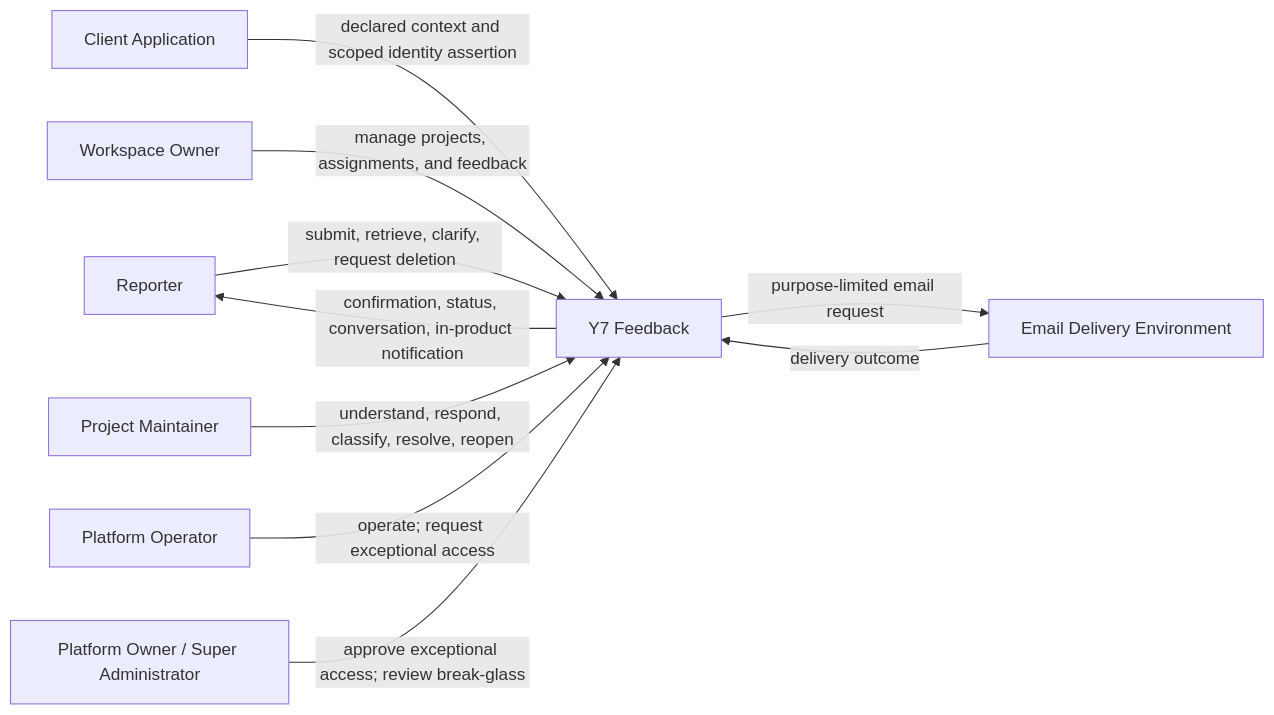
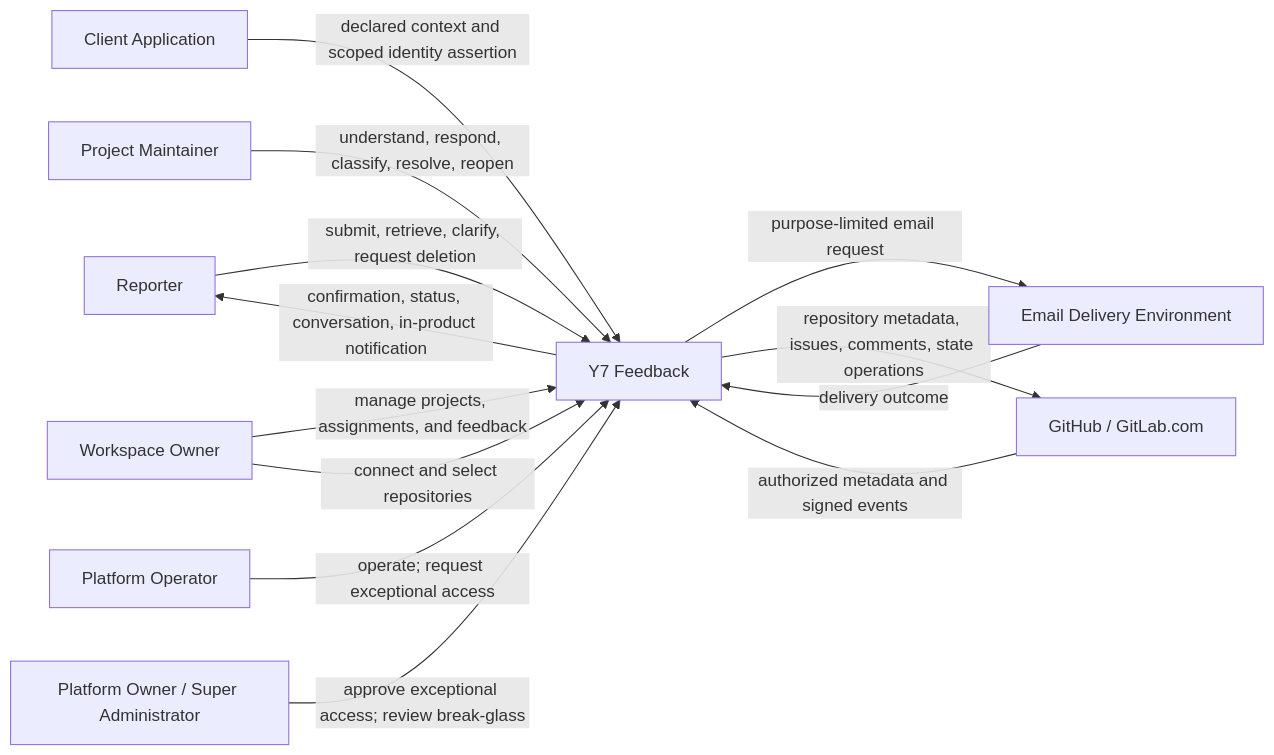
One commit to Y4NN777/y7-feedback-mngt-system changed the first of 13 diagrams in docs/05_MODELING.md. Above: the diagram before and after it, drawn with Mermaid. The commit also changed other lines of this file and 5 other files, not shown here.

````diff
--- a/docs/05_MODELING.md
+++ b/docs/05_MODELING.md
@@ -14,21 +14,25 @@
 ```mermaid
 flowchart LR
     Reporter[Reporter]
     ClientApp[Client Application]
     Owner[Workspace Owner]
     Maintainer[Project Maintainer]
     Operator[Platform Operator]
     PlatformOwner[Platform Owner / Super Administrator]
     Email[Email Delivery Environment]
+    Git[GitHub / GitLab.com]
     System[Y7 Feedback]
 
     Reporter -->|submit, retrieve, clarify, request deletion| System
     System -->|confirmation, status, conversation, in-product notification| Reporter
     ClientApp -->|declared context and scoped identity assertion| System
     Owner -->|manage projects, assignments, and feedback| System
     Maintainer -->|understand, respond, classify, resolve, reopen| System
     Operator -->|operate; request exceptional access| System
     PlatformOwner -->|approve exceptional access; review break-glass| System
     System -->|purpose-limited email request| Email
     Email -->|delivery outcome| System
+    Owner -->|connect and select repositories| System
+    System -->|repository metadata, issues, comments, state operations| Git
+    Git -->|authorized metadata and signed events| System
 ```
````
